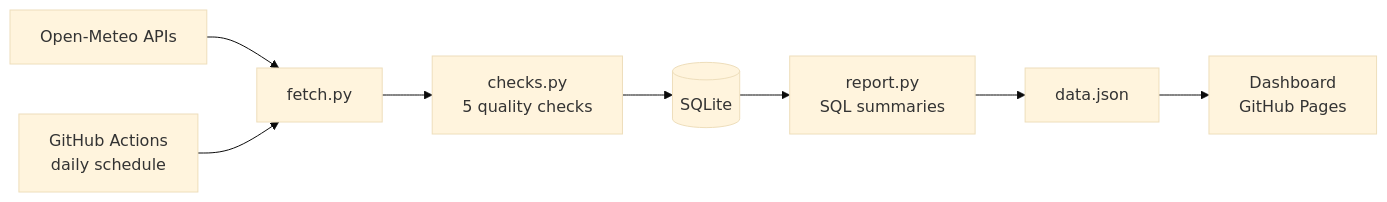
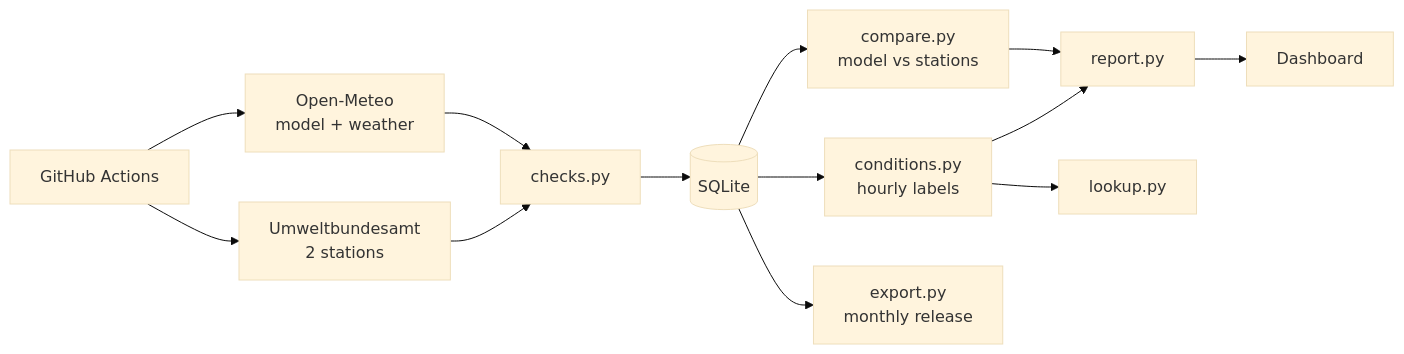
Before and after one commit to rafiasimran/munich-air-quality-monitor: the diagram in README.md, drawn with Mermaid (base theme). The commit also changed other lines of this file, not shown here.

Commit message:
Update README: real stations, condition labels, lookup and monthly releases

````diff
--- a/README.md
+++ b/README.md
@@ -30,10 +37,15 @@
 ```mermaid
 flowchart LR
-    A[Open-Meteo APIs] --> B[fetch.py]
-    B --> C[checks.py<br/>5 quality checks]
+    A[Open-Meteo<br/>model + weather] --> C[checks.py]
+    U[Umweltbundesamt<br/>2 stations] --> C
     C --> D[(SQLite)]
-    D --> E[report.py<br/>SQL summaries]
-    E --> F[data.json]
-    F --> G[Dashboard<br/>GitHub Pages]
-    S[GitHub Actions<br/>daily schedule] --> B
+    D --> K[compare.py<br/>model vs stations]
+    D --> L[conditions.py<br/>hourly labels]
+    K --> R[report.py]
+    L --> R
+    R --> G[Dashboard]
+    L --> Q[lookup.py]
+    D --> X[export.py<br/>monthly release]
+    S[GitHub Actions] --> A
+    S --> U
 ```
````
